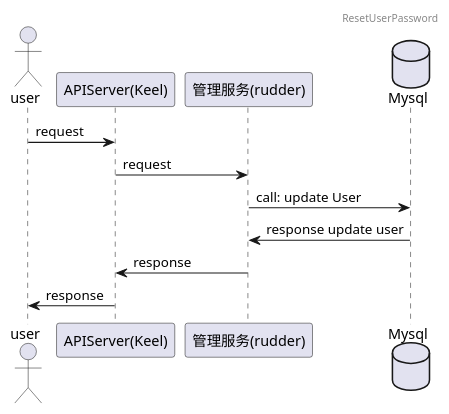
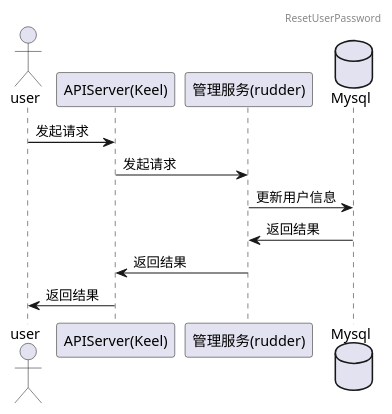
Before and after one commit to tkeel-io/docs: the fifth of 6 diagrams in docs/api/appendix/plantuml/tenant-manager-admin.md, drawn with PlantUML. The commit also changed other lines of this file, not shown here.

Commit message:
docs: translate tenant-manager-admin.md from en to zh

````diff
--- a/docs/api/appendix/plantuml/tenant-manager-admin.md
+++ b/docs/api/appendix/plantuml/tenant-manager-admin.md
@@ -78,17 +79,17 @@
 ```plantuml
 
 header ResetUserPassword
 
 actor user
 participant "APIServer(Keel)"  as keel
 participant "管理服务(rudder)"  as tenantService
 database "Mysql" as DB
 
-user->keel:request
-keel->tenantService:request
-tenantService->DB:call: update User
-DB->tenantService: response update user
-tenantService->keel:response
-keel->user:response
+user->keel: 发起请求
+keel->tenantService: 发起请求
+tenantService->DB: 更新用户信息
+DB->tenantService: 返回结果
+tenantService->keel: 返回结果
+keel->user: 返回结果
 
 ```
````
